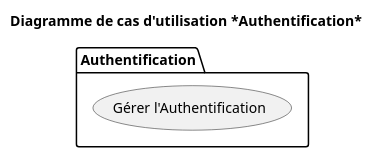
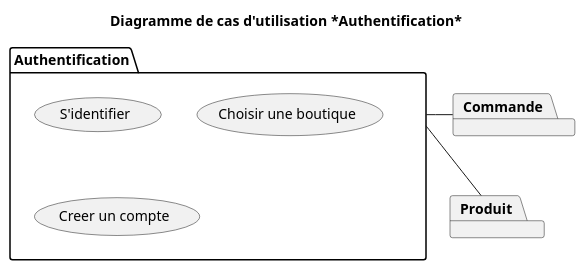
One commit to Zepmanbc/oc_dapython_pr4 changed the diagram in v3/uml/03_authentification.puml. Above: the diagram before and after it, drawn with PlantUML. The commit also changed 6 other files, not shown here.

```diff
--- a/v3/uml/03_authentification.puml
+++ b/v3/uml/03_authentification.puml
@@ -1,8 +1,14 @@
 @startuml 03_authentification
 title Diagramme de cas d'utilisation *Authentification*
 
 package Authentification{
-    (Gérer l'Authentification) as LOGIN
+    (S'identifier)
+    (Choisir une boutique)
+    (Creer un compte)
 }
+package Commande
+package Produit
 
+Commande -l- Authentification
+Produit -u- Authentification
 @enduml
```
